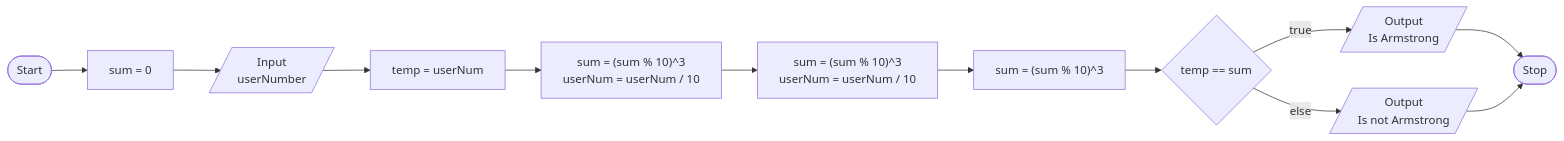
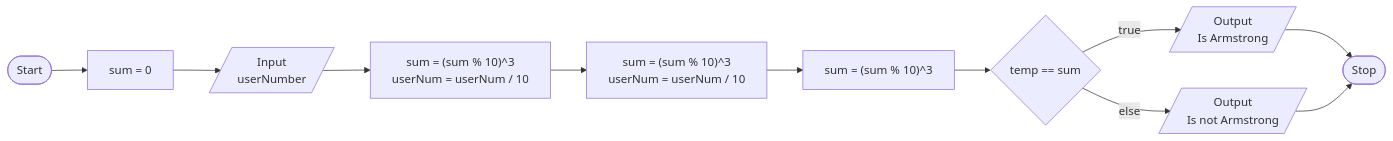
One commit to Tehgonk/Week-2 changed the diagram in Exercise 7/README.md. Above: the diagram before and after it, drawn with Mermaid.

````diff
--- a/Exercise 7/README.md
+++ b/Exercise 7/README.md
@@ -15,13 +15,12 @@
 ```mermaid
 flowchart LR
 
 STA([Start]) --> PRO1[sum = 0]
 PRO1 --> IN[/Input<br>userNumber/]
-IN --> PRO2[temp = userNum]
+IN --> PRO2["sum = (sum % 10)^3<br>userNum = userNum / 10"]
 PRO2 --> PRO3["sum = (sum % 10)^3<br>userNum = userNum / 10"]
-PRO3 --> PRO4["sum = (sum % 10)^3<br>userNum = userNum / 10"]
-PRO4 --> PRO5["sum = (sum % 10)^3"]
-PRO5 --> IF{temp == sum} -->|true| OUT1[/Output<br>Is Armstrong/] --> STO([Stop])
+PRO3 --> PRO4["sum = (sum % 10)^3"]
+PRO4 --> IF{temp == sum} -->|true| OUT1[/Output<br>Is Armstrong/] --> STO([Stop])
 IF -->|else| OUT2[/Output<br>Is not Armstrong/] --> STO
 
 ```
````
